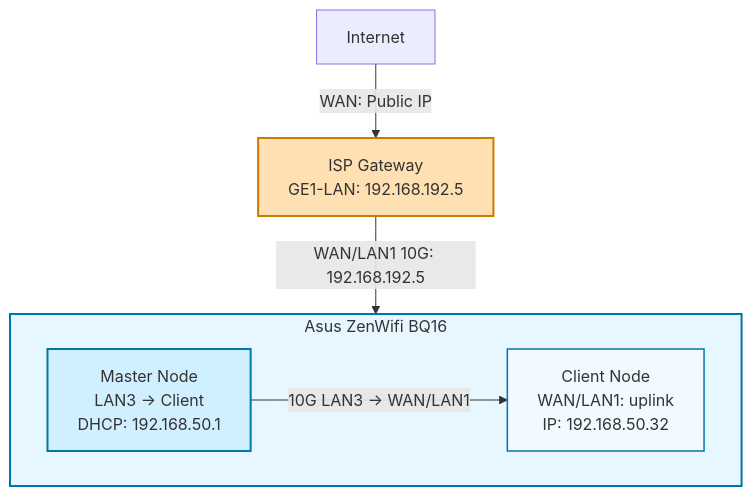
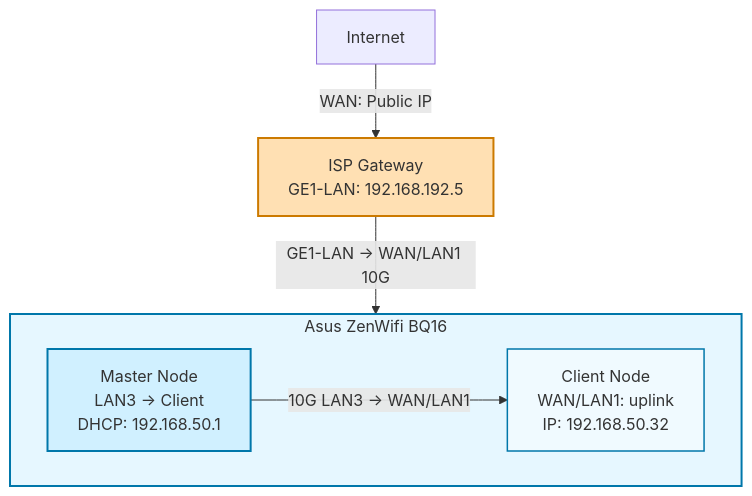
The diagram in Research/architecture.md (lukkeutgens/Homelab), drawn with Mermaid before and after one commit.

````diff
--- a/Research/architecture.md
+++ b/Research/architecture.md
@@ -4,16 +4,16 @@
 ```mermaid
 flowchart TD
     A[Internet] -->|WAN: Public IP| B[ISP Gateway<br/>GE1-LAN: 192.168.192.5]
-    B -->|WAN/LAN1 10G: 192.168.192.5| ZW[Asus ZenWifi BQ16]
+    B -->|GE1-LAN -> WAN/LAN1 10G| ZW[Asus ZenWifi BQ16]
 
     subgraph ZW [Asus ZenWifi BQ16]
         C[Master Node<br/>LAN3 → Client<br/>DHCP: 192.168.50.1]
         D[Client Node<br/>WAN/LAN1: uplink<br/>IP: 192.168.50.32]
         C -->|10G LAN3 → WAN/LAN1| D
     end
 
     style ZW fill:#e6f7ff,stroke:#0077aa,stroke-width:2px
     style C fill:#d0f0ff,stroke:#0077aa,stroke-width:2px
     style D fill:#f0faff,stroke:#0077aa,stroke-width:1.5px
     style B fill:#ffe0b3,stroke:#cc7a00,stroke-width:2px
 ```
````
